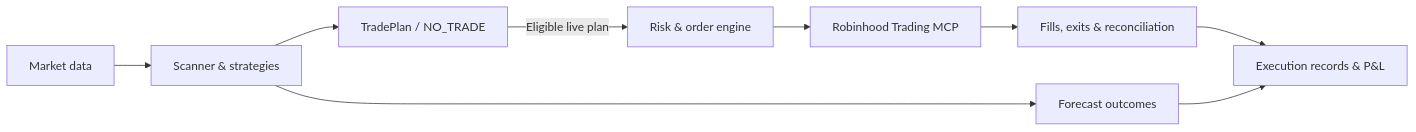
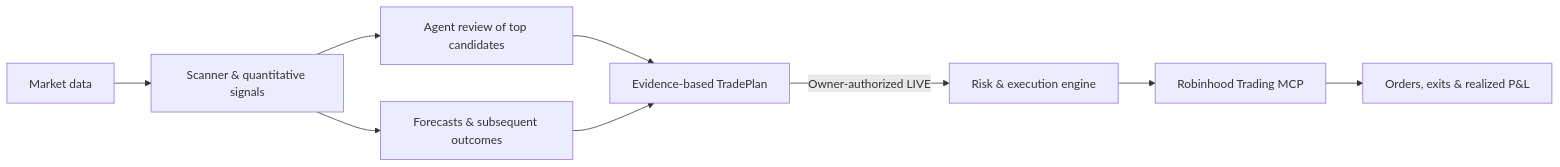
Before and after one commit to danielye0010/TradeAgent: the diagram in README.md, drawn with Mermaid. The commit also changed other lines of this file, not shown here.

Commit message:
Explain agent orchestration and model runtime in README

````diff
--- a/README.md
+++ b/README.md
@@ -27,11 +17,11 @@
 ```mermaid
 flowchart LR
-    A[Market data] --> B[Scanner & strategies]
-    B --> C[TradePlan / NO_TRADE]
-    B --> D[Forecast outcomes]
-    C -->|Eligible live plan| E[Risk & order engine]
-    E --> F[Robinhood Trading MCP]
-    F --> G[Fills, exits & reconciliation]
-    G --> H[Execution records & P&L]
-    D --> H
+    A[Market data] --> B[Scanner & quantitative signals]
+    B --> C[Agent review of top candidates]
+    B --> D[Forecasts & subsequent outcomes]
+    C --> E[Evidence-based TradePlan]
+    D --> E
+    E -->|Owner-authorized LIVE| F[Risk & execution engine]
+    F --> G[Robinhood Trading MCP]
+    G --> H[Orders, exits & realized P&L]
 ```
````
